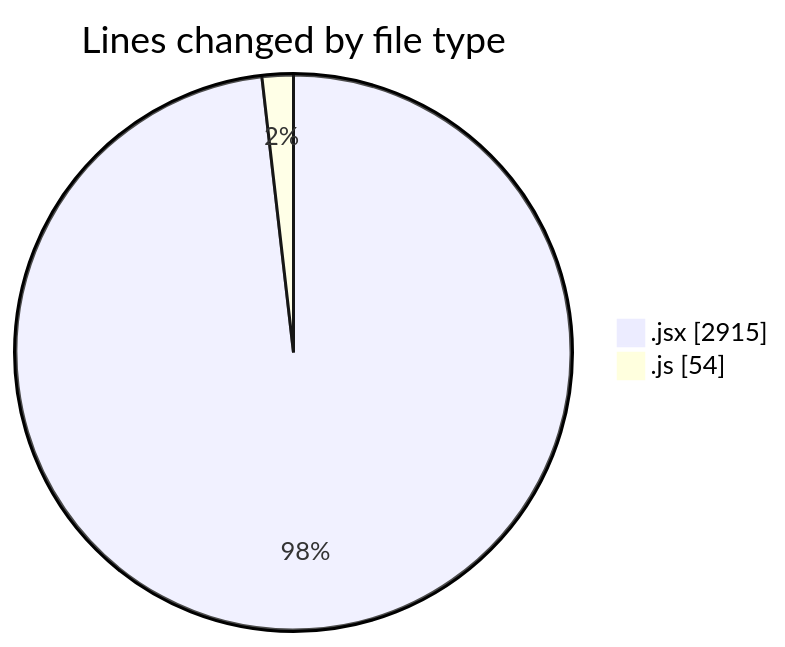
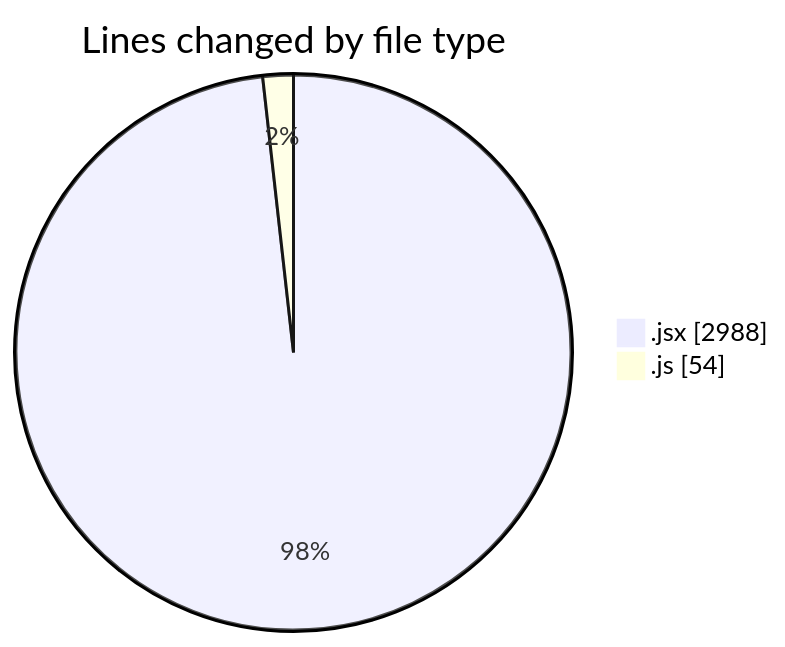
Before and after one commit to nxtqubesakshisongat/code-tracking: the first of 2 diagrams in 2025-06-25/nxtqube_webapp/README.md, drawn with Mermaid. The commit also changed other lines of this file and 1 other file, not shown here.

````diff
--- a/2025-06-25/nxtqube_webapp/README.md
+++ b/2025-06-25/nxtqube_webapp/README.md
@@ -24,6 +24,6 @@
 ```mermaid
 pie showData
 title Lines changed by file type
-".jsx" : 2915
+".jsx" : 2988
 ".js" : 54
 ```
````
